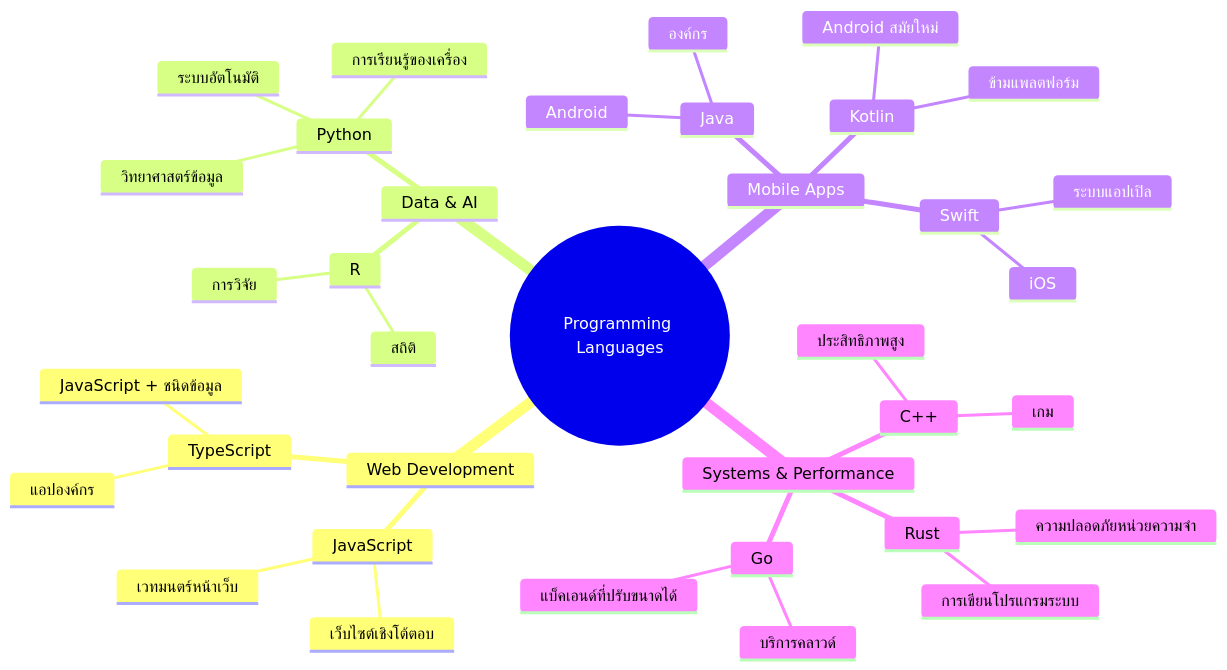
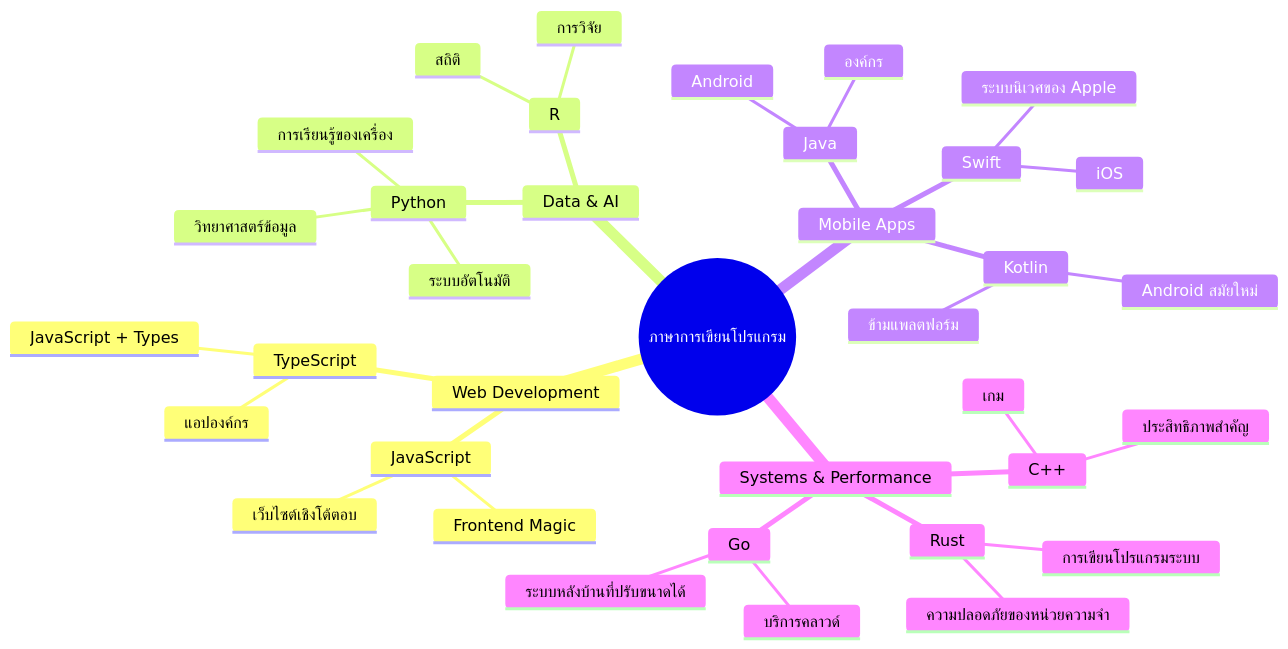
One commit to microsoft/Web-Dev-For-Beginners changed the second of 7 diagrams in translations/th/1-getting-started-lessons/1-intro-to-programming-languages/README.md. Above: the diagram before and after it, drawn with Mermaid. The commit also changed other lines of this file and 11 other files, not shown here.

````diff
--- a/translations/th/1-getting-started-lessons/1-intro-to-programming-languages/README.md
+++ b/translations/th/1-getting-started-lessons/1-intro-to-programming-languages/README.md
@@ -85,39 +85,39 @@
 ```mermaid
 mindmap
-  root((Programming Languages))
+  root((ภาษาการเขียนโปรแกรม))
     Web Development
       JavaScript
-        เวทมนตร์หน้าเว็บ
+        Frontend Magic
         เว็บไซต์เชิงโต้ตอบ
       TypeScript
-        JavaScript + ชนิดข้อมูล
+        JavaScript + Types
         แอปองค์กร
     Data & AI
       Python
         วิทยาศาสตร์ข้อมูล
         การเรียนรู้ของเครื่อง
         ระบบอัตโนมัติ
       R
         สถิติ
         การวิจัย
     Mobile Apps
       Java
         Android
         องค์กร
       Swift
         iOS
-        ระบบแอปเปิล
+        ระบบนิเวศของ Apple
       Kotlin
         Android สมัยใหม่
         ข้ามแพลตฟอร์ม
     Systems & Performance
       C++
         เกม
-        ประสิทธิภาพสูง
+        ประสิทธิภาพสำคัญ
       Rust
-        ความปลอดภัยหน่วยความจำ
+        ความปลอดภัยของหน่วยความจำ
         การเขียนโปรแกรมระบบ
       Go
         บริการคลาวด์
-        แบ็คเอนด์ที่ปรับขนาดได้
+        ระบบหลังบ้านที่ปรับขนาดได้
 ```
````
